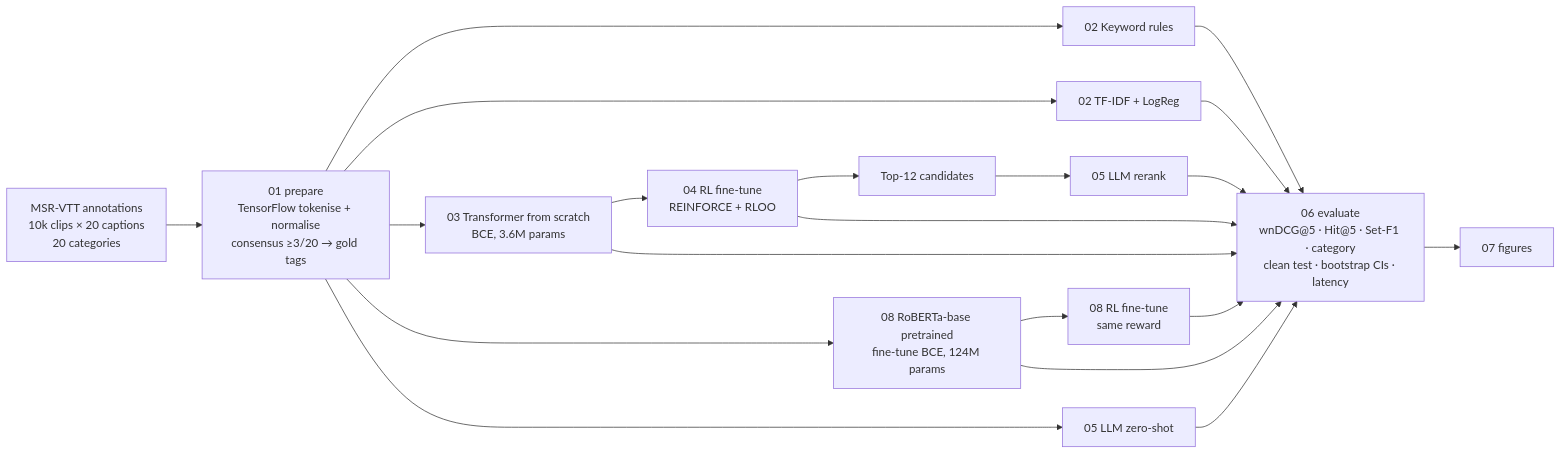
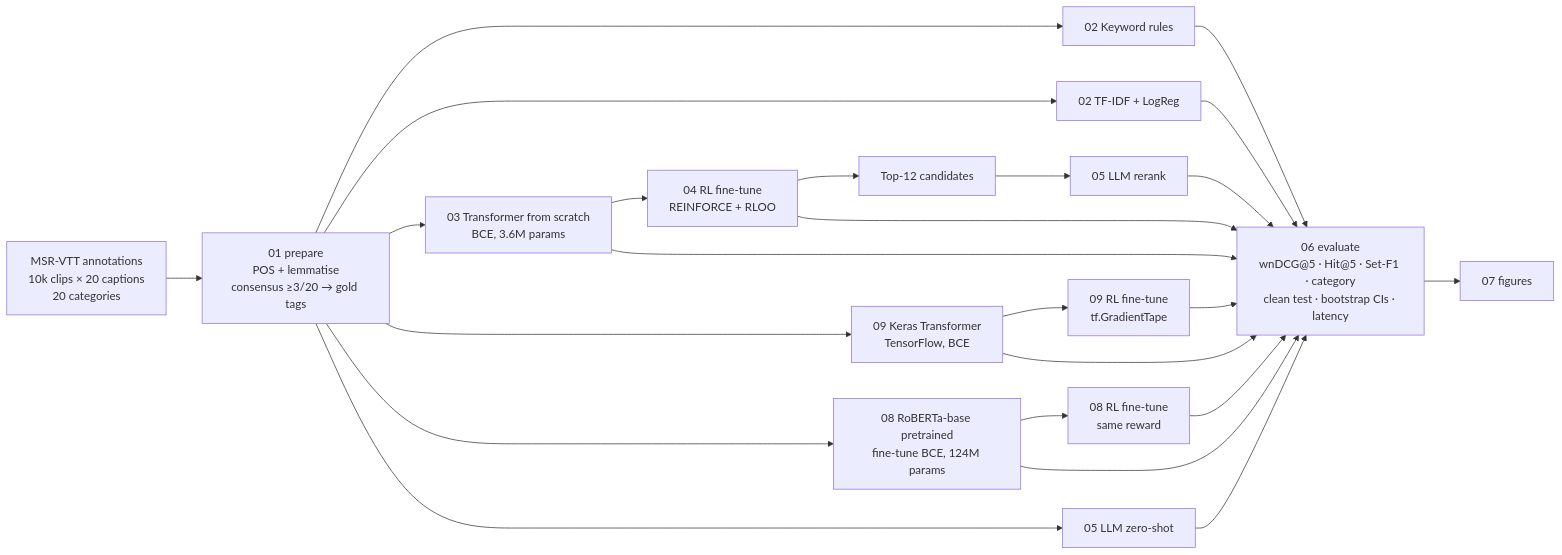
One commit to phongvo2006-dev/video_hashtag_llm_Phase-1 changed the diagram in README.md. Above: the diagram before and after it, drawn with Mermaid. The commit also changed other lines of this file and 40 other files, not shown here.

First line of the commit message:
Restore NLTK labels; add the Transformer + RL in TensorFlow/Keras

````diff
--- a/README.md
+++ b/README.md
@@ -86,15 +79,17 @@
 ```mermaid
 flowchart LR
-    A[MSR-VTT annotations<br/>10k clips × 20 captions<br/>20 categories] --> B[01 prepare<br/>TensorFlow tokenise + normalise<br/>consensus ≥3/20 → gold tags]
+    A[MSR-VTT annotations<br/>10k clips × 20 captions<br/>20 categories] --> B[01 prepare<br/>POS + lemmatise<br/>consensus ≥3/20 → gold tags]
     B --> C0[02 Keyword rules]
     B --> C1[02 TF-IDF + LogReg]
     B --> C2[03 Transformer from scratch<br/>BCE, 3.6M params]
     C2 --> D[04 RL fine-tune<br/>REINFORCE + RLOO]
+    B --> K1[09 Keras Transformer<br/>TensorFlow, BCE]
+    K1 --> K2[09 RL fine-tune<br/>tf.GradientTape]
     B --> R1[08 RoBERTa-base pretrained<br/>fine-tune BCE, 124M params]
     R1 --> R2[08 RL fine-tune<br/>same reward]
     D --> E[Top-12 candidates]
     E --> F[05 LLM rerank]
     B --> G[05 LLM zero-shot]
-    C0 & C1 & C2 & D & R1 & R2 & F & G --> H[06 evaluate<br/>wnDCG@5 · Hit@5 · Set-F1 · category<br/>clean test · bootstrap CIs · latency]
+    C0 & C1 & C2 & D & K1 & K2 & R1 & R2 & F & G --> H[06 evaluate<br/>wnDCG@5 · Hit@5 · Set-F1 · category<br/>clean test · bootstrap CIs · latency]
     H --> I[07 figures]
 ```
````
